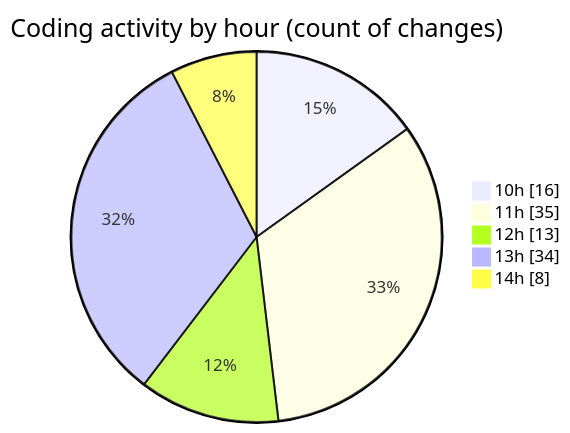
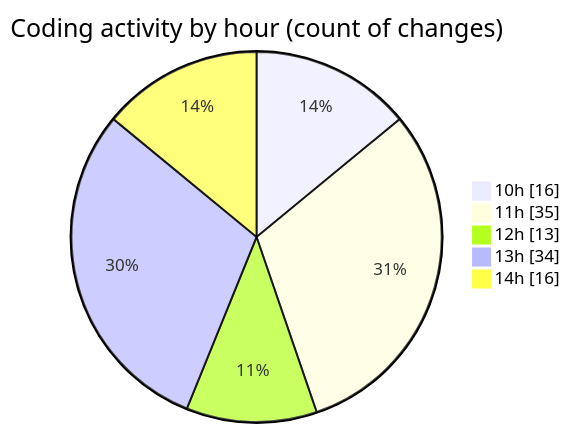
One commit to charlie-sans/code-tracking changed the second of 2 diagrams in 2025-02-20/micros/README.md. Above: the diagram before and after it, drawn with Mermaid. The commit also changed other lines of this file and 1 other file, not shown here.

````diff
--- a/2025-02-20/micros/README.md
+++ b/2025-02-20/micros/README.md
@@ -52,9 +53,9 @@
 ```mermaid
 pie showData
 title Coding activity by hour (count of changes)
 "10h" : 16
 "11h" : 35
 "12h" : 13
 "13h" : 34
-"14h" : 8
+"14h" : 16
 ```
````
